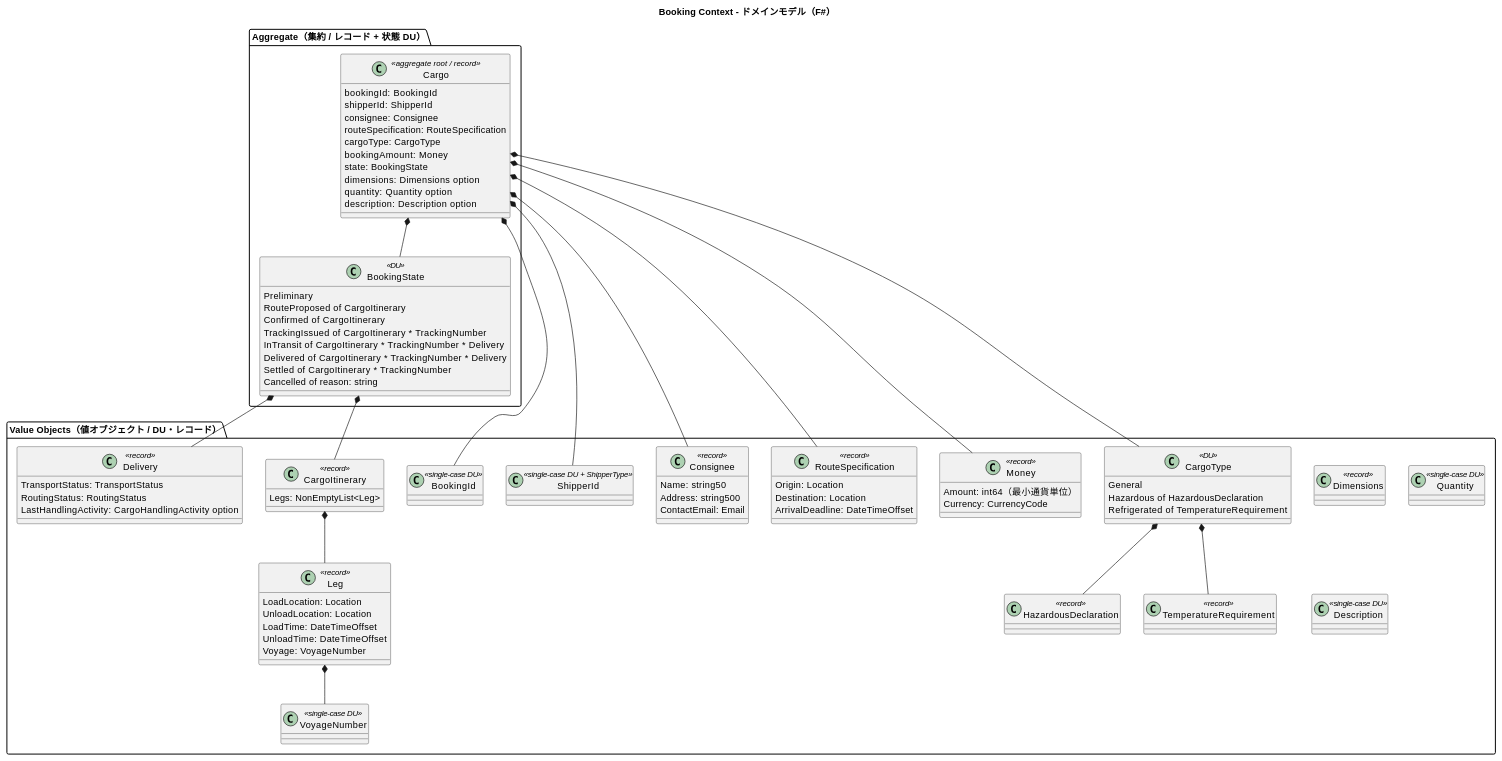
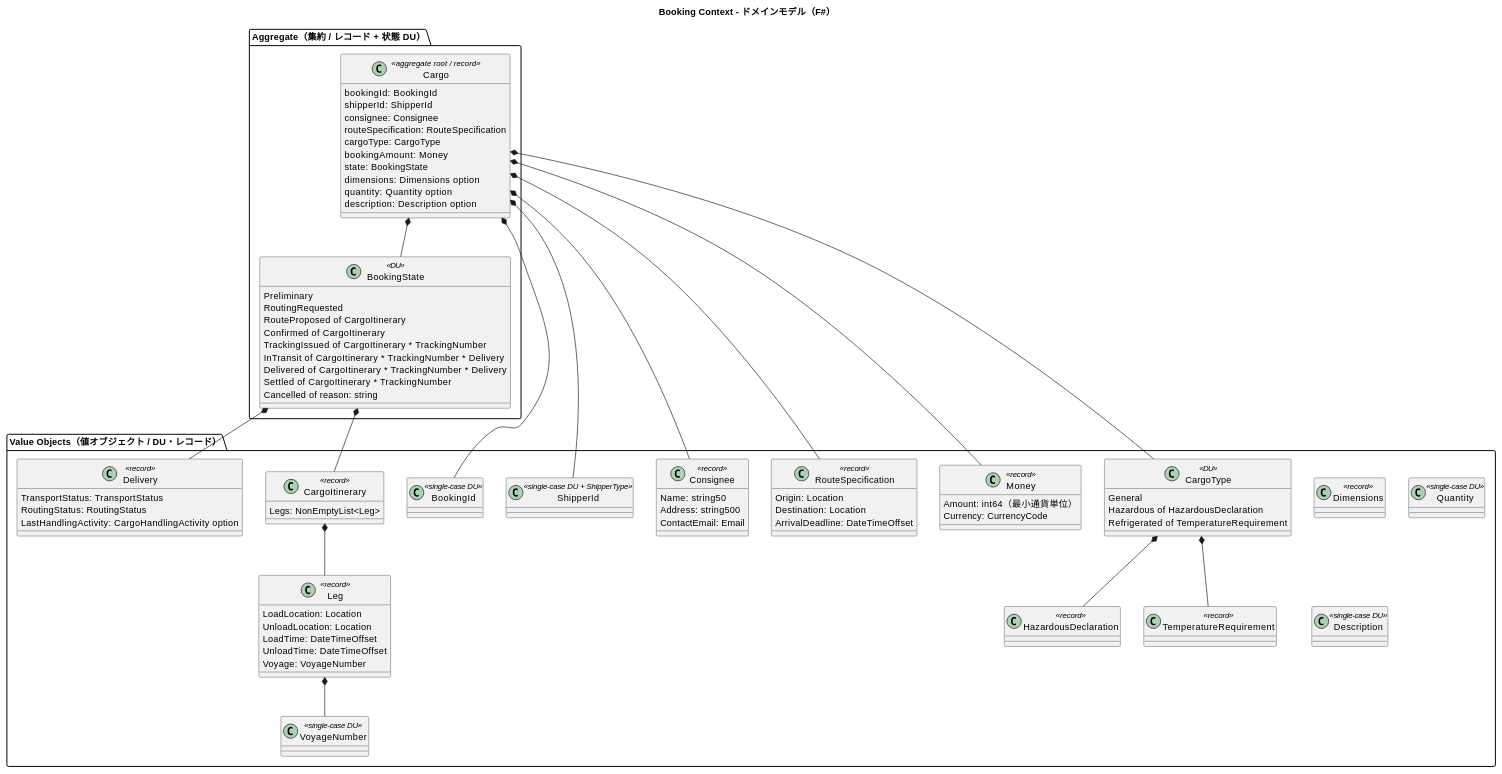
One commit to k2works/case-study-cargo-tracker changed the third of 11 diagrams in docs/design/domain-model.md. Above: the diagram before and after it, drawn with PlantUML. The commit also changed other lines of this file and 1 other file, not shown here.

```diff
--- a/docs/design/domain-model.md
+++ b/docs/design/domain-model.md
@@ -239,6 +239,7 @@
   }
   class BookingState <<DU>> {
     Preliminary
+    RoutingRequested
     RouteProposed of CargoItinerary
     Confirmed of CargoItinerary
     TrackingIssued of CargoItinerary * TrackingNumber
```
